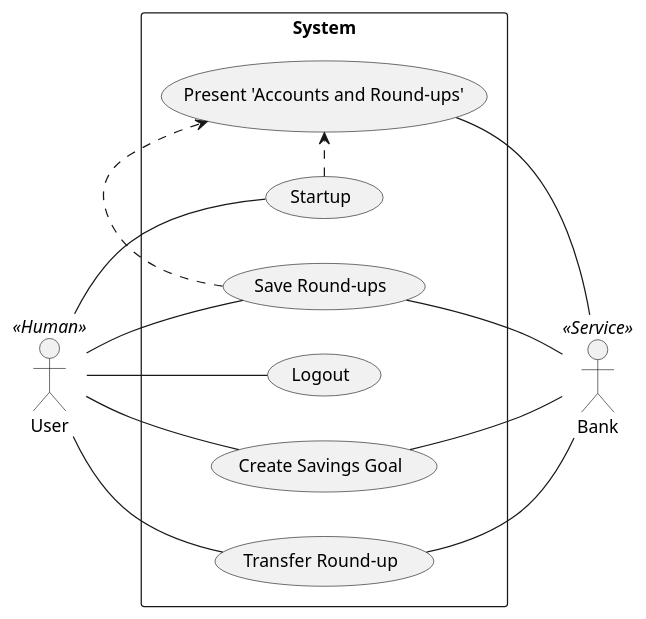
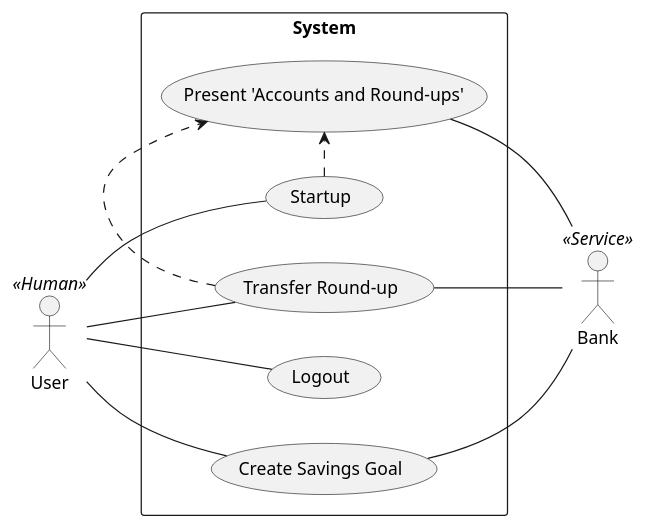
One commit to hristo-stefanov/MiniBankingDemo changed the diagram in diagrams/Use Case Diagram.puml. Above: the diagram before and after it, drawn with PlantUML.

Commit message:
Refine the User Case diagram

```diff
--- a/diagrams/Use Case Diagram.puml
+++ b/diagrams/Use Case Diagram.puml
@@ -1,29 +1,26 @@
 @startuml
 'https://plantuml.com/use-case-diagram
 
 left to right direction
 actor User <<Human>>
 actor Bank <<Service>>
 
 rectangle System {
 usecase Startup
 usecase Logout
-usecase "Save Round-ups"
+usecase "Transfer Round-up"
 usecase "Create Savings Goal"
 usecase "Present 'Accounts and Round-ups'"
-usecase "Transfer Round-up"
 }
 
 User -- Startup
-User -- "Save Round-ups"
+User -- "Transfer Round-up"
 User -- "Create Savings Goal"
 User -- "Logout"
-User -- "Transfer Round-up"
 
 Startup .> "Present 'Accounts and Round-ups'"
-"Save Round-ups" .> "Present 'Accounts and Round-ups'"
+"Transfer Round-up" .> "Present 'Accounts and Round-ups'"
 "Present 'Accounts and Round-ups'" -- "Bank"
-"Save Round-ups" -- "Bank"
+"Transfer Round-up" -- "Bank"
 "Create Savings Goal" -- "Bank"
-"Transfer Round-up" -- "Bank"
 @enduml
```
